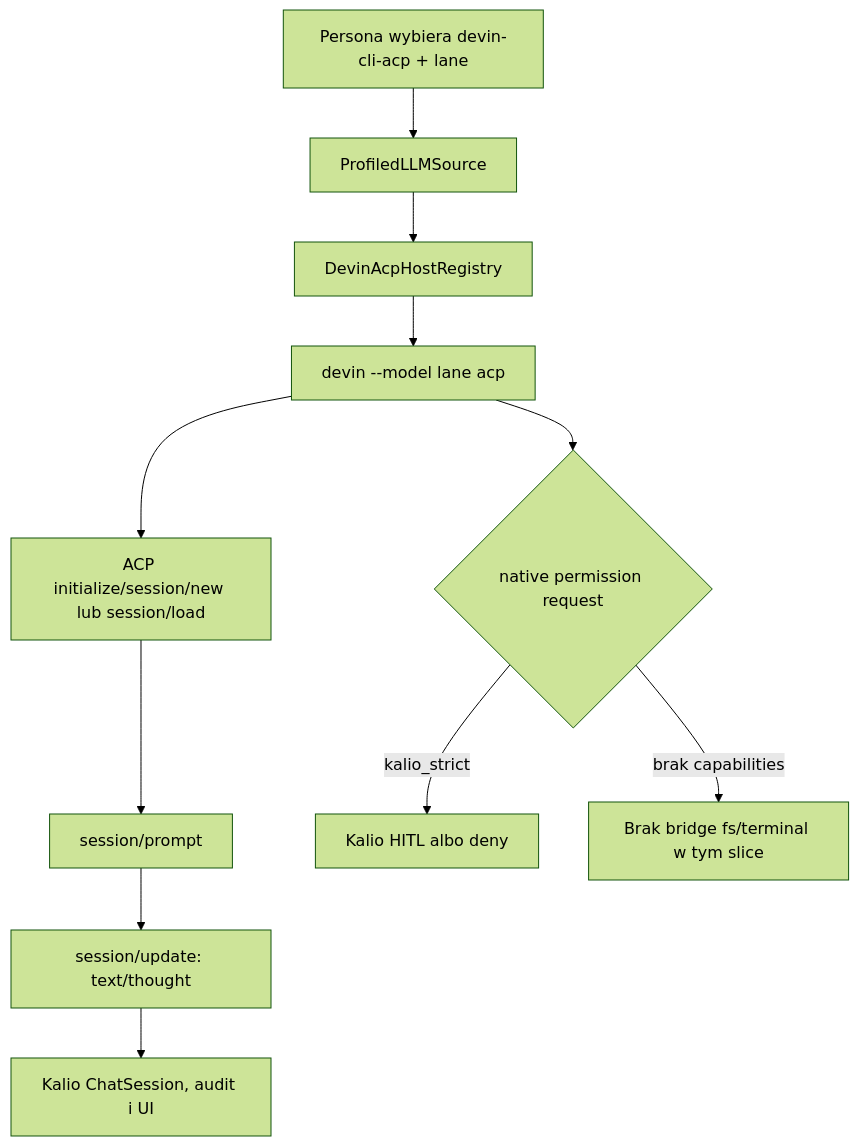
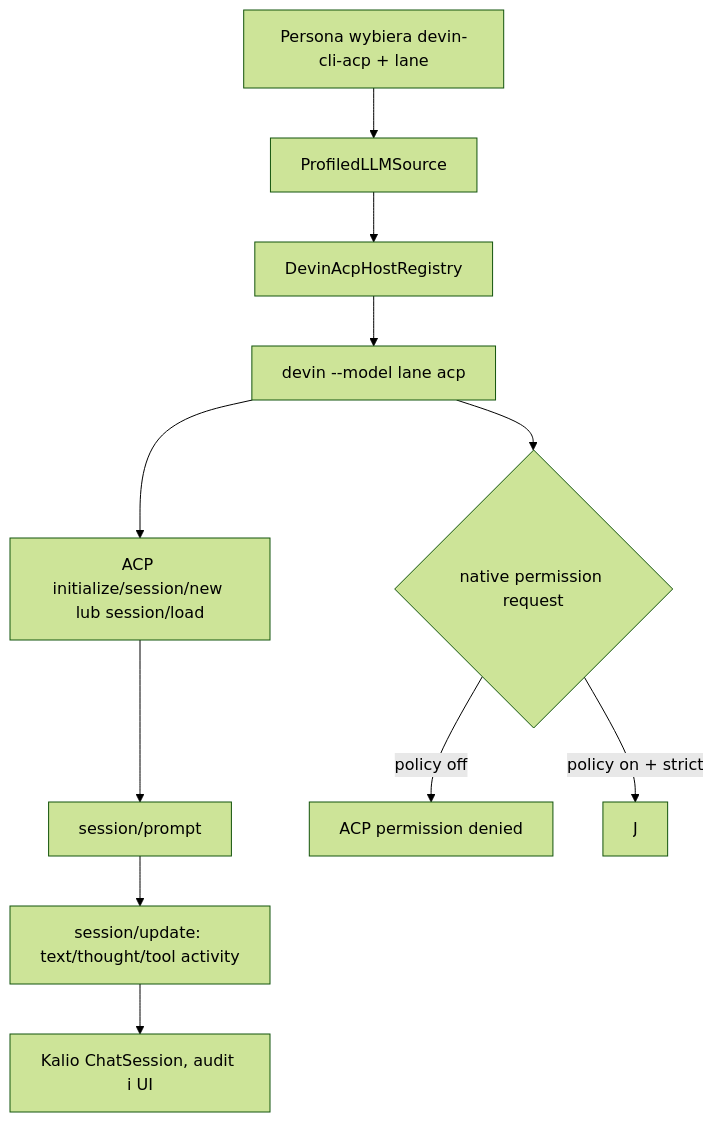
Before and after one commit to Radomiej/kalio-forever: the diagram in docs/sessions/2026-08-23-devin-host-acp.md, drawn with Mermaid (forest theme). The commit also changed other lines of this file and 17 other files, not shown here.

First line of the commit message:
feat(runtime): bridge Devin ACP to Kalio tools

````diff
--- a/docs/sessions/2026-08-23-devin-host-acp.md
+++ b/docs/sessions/2026-08-23-devin-host-acp.md
@@ -59,13 +62,13 @@
 ```mermaid
 flowchart TD
     A[Persona wybiera devin-cli-acp + lane] --> B[ProfiledLLMSource]
     B --> C[DevinAcpHostRegistry]
     C --> D[devin --model lane acp]
     D --> E[ACP initialize/session/new lub session/load]
     E --> F[session/prompt]
-    F --> G[session/update: text/thought]
+    F --> G[session/update: text/thought/tool activity]
     G --> H[Kalio ChatSession, audit i UI]
     D --> I{native permission request}
-    I -->|kalio_strict| J[Kalio HITL albo deny]
-    I -->|brak capabilities| K[Brak bridge fs/terminal w tym slice]
+    I -->|policy off| K[ACP permission denied]
+    I -->|policy on + strict| J
 ```
````
